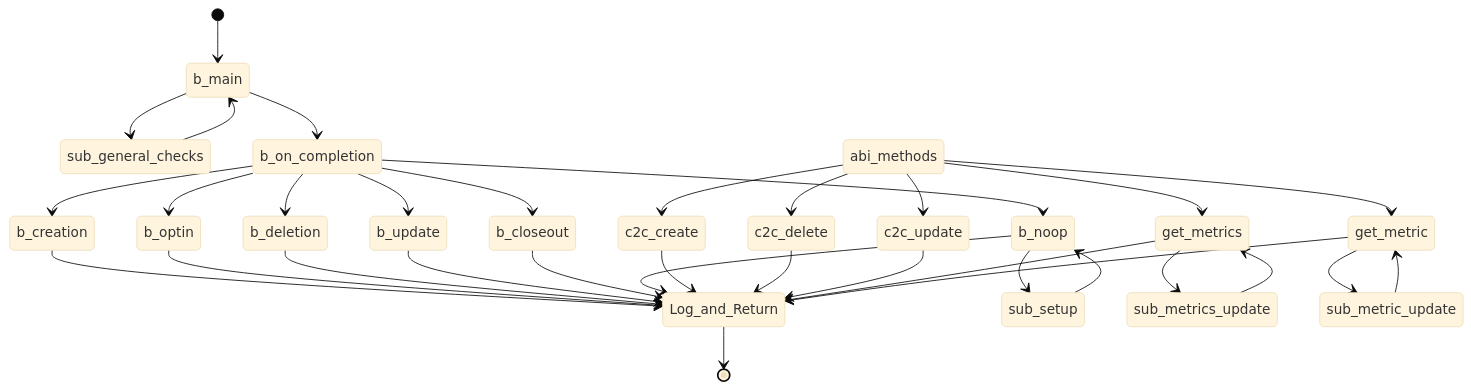
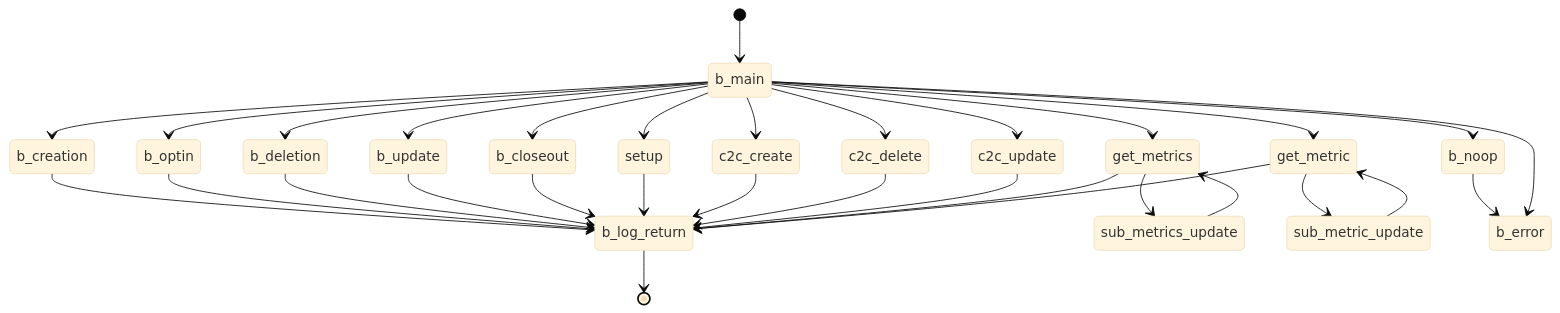
Before and after one commit to Sun-C0ffee/algopoap-smartcontracts: the fourth of 7 diagrams in README.md, drawn with Mermaid (base theme). The commit also changed other lines of this file and 1 other file, not shown here.

Commit message:
Update README.md and ASC ABI schema

````diff
--- a/README.md
+++ b/README.md
@@ -103,43 +103,51 @@
 ```mermaid
   stateDiagram-v2
     [*] --> b_main
-    b_main --> sub_general_checks
-    sub_general_checks --> b_main
-    b_main --> b_on_completion
-    b_on_completion --> b_creation
-    b_creation --> Log_and_Return
-    b_on_completion --> b_optin
-    b_optin --> Log_and_Return
-    b_on_completion --> b_deletion
-    b_deletion --> Log_and_Return
-    b_on_completion --> b_update
-    b_update --> Log_and_Return
-    b_on_completion --> b_closeout
-    b_closeout --> Log_and_Return
+   
+    b_main --> b_creation
+    b_creation --> b_log_return
 
-    b_on_completion --> b_noop
-    b_noop --> sub_setup
-    sub_setup --> b_noop
-    b_noop --> Log_and_Return
+    b_main --> b_optin
+    b_optin --> b_log_return
 
-    abi_methods --> c2c_create
-    c2c_create --> Log_and_Return
-    abi_methods --> c2c_delete
-    c2c_delete --> Log_and_Return
-    abi_methods --> c2c_update
-    c2c_update --> Log_and_Return
+    b_main --> b_deletion
+    b_deletion --> b_log_return
+
+    b_main --> b_update
+    b_update --> b_log_return
+
+    b_main --> b_closeout
+    b_closeout --> b_log_return
+
+
+    b_main --> setup
+    setup --> b_log_return
+    
+    b_main --> c2c_create
+    c2c_create --> b_log_return
+
+    b_main --> c2c_delete
+    c2c_delete --> b_log_return
+
+    b_main --> c2c_update
+    c2c_update --> b_log_return
 
    
-    abi_methods --> get_metrics
+    b_main --> get_metrics
     get_metrics --> sub_metrics_update
     sub_metrics_update --> get_metrics
-    get_metrics --> Log_and_Return
+    get_metrics --> b_log_return
 
-    abi_methods --> get_metric
+    b_main --> get_metric
     get_metric --> sub_metric_update
     sub_metric_update --> get_metric
-    get_metric --> Log_and_Return
+    get_metric --> b_log_return
 
-    Log_and_Return --> [*]
+    b_main --> b_noop
+    b_noop --> b_error
+
+    b_main --> b_error
+
+    b_log_return --> [*]
     
 ```
````
